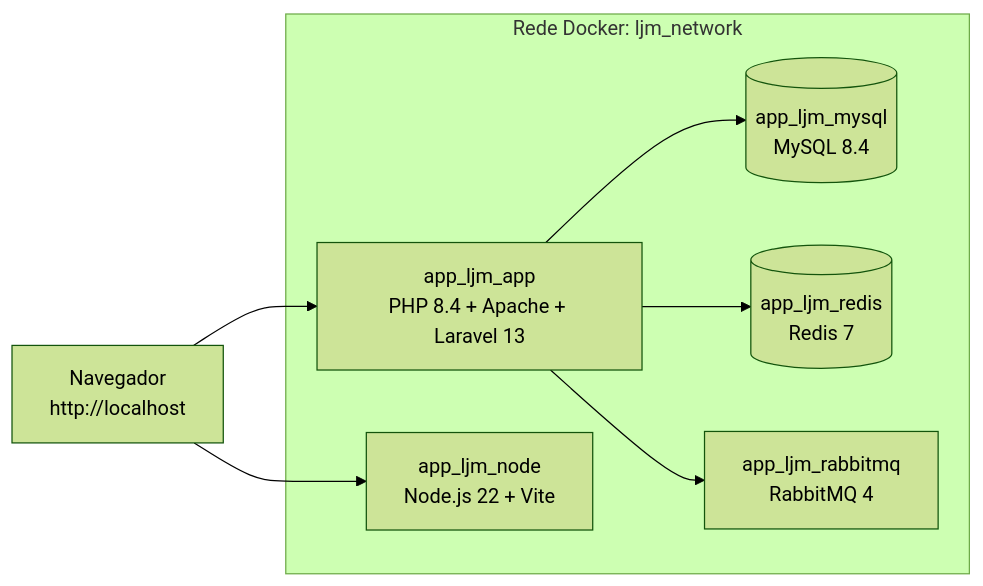
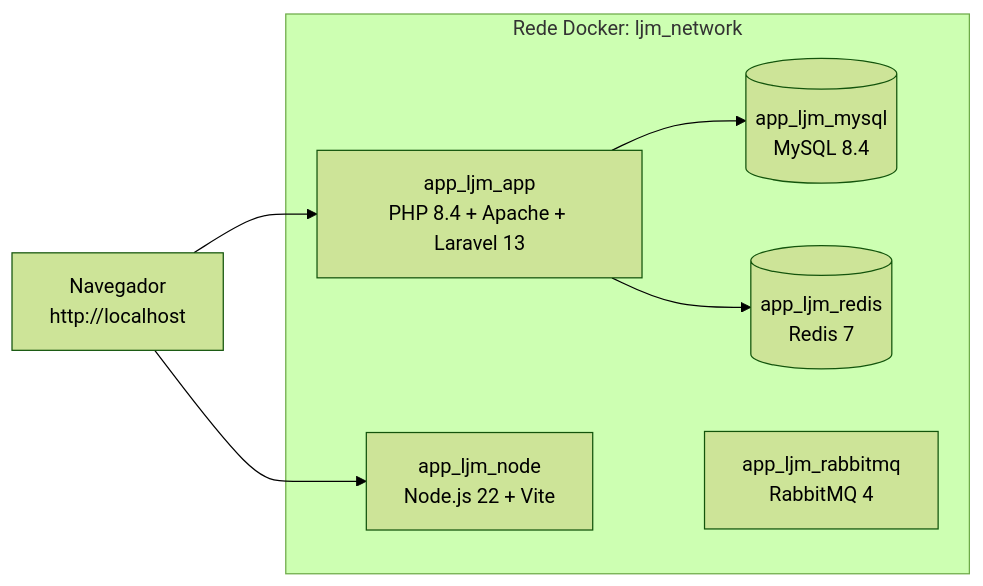
Before and after one commit to RegisSantos/app_ljm: the diagram in README.md, drawn with Mermaid (forest theme). The commit also changed other lines of this file and 2 other files, not shown here.

````diff
--- a/README.md
+++ b/README.md
@@ -82,18 +82,17 @@
 ```mermaid
 flowchart LR
     Browser["Navegador<br/>http://localhost"]
 
     subgraph ljm_network ["Rede Docker: ljm_network"]
         App["app_ljm_app<br/>PHP 8.4 + Apache + Laravel 13"]
         Node["app_ljm_node<br/>Node.js 22 + Vite"]
         MySQL[("app_ljm_mysql<br/>MySQL 8.4")]
         Redis[("app_ljm_redis<br/>Redis 7")]
         RabbitMQ["app_ljm_rabbitmq<br/>RabbitMQ 4"]
     end
 
     Browser --> App
     Browser --> Node
     App --> MySQL
     App --> Redis
-    App --> RabbitMQ
 ```
````
